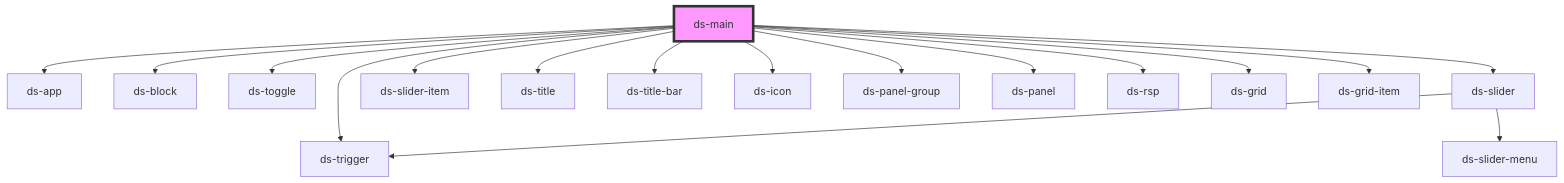
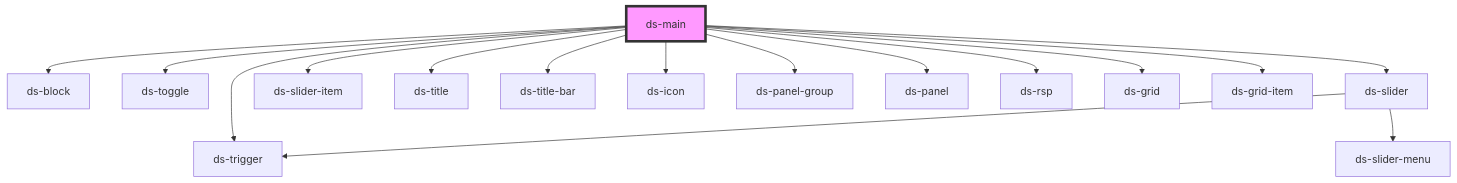
Before and after one commit to jezoock/dot-stash: the diagram in components/demo/readme.md, drawn with Mermaid. The commit also changed other lines of this file and 10 other files, not shown here.

````diff
--- a/components/demo/readme.md
+++ b/components/demo/readme.md
@@ -47,20 +46,19 @@
 ```mermaid
 graph TD;
-  ds-main --> ds-app
   ds-main --> ds-block
   ds-main --> ds-toggle
   ds-main --> ds-slider
   ds-main --> ds-slider-item
   ds-main --> ds-trigger
   ds-main --> ds-title
   ds-main --> ds-title-bar
   ds-main --> ds-icon
   ds-main --> ds-panel-group
   ds-main --> ds-panel
   ds-main --> ds-rsp
   ds-main --> ds-grid
   ds-main --> ds-grid-item
   ds-slider --> ds-trigger
   ds-slider --> ds-slider-menu
   style ds-main fill:#f9f,stroke:#333,stroke-width:4px
 ```
````
